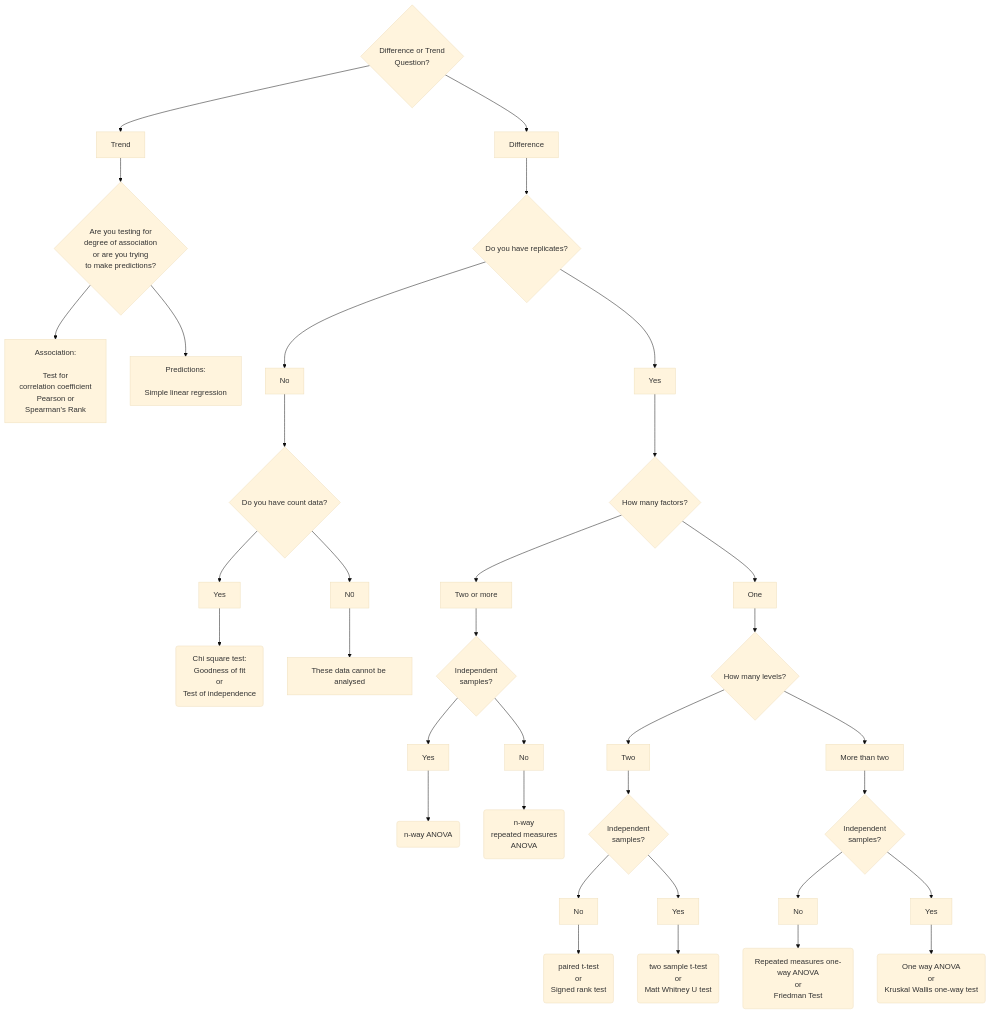
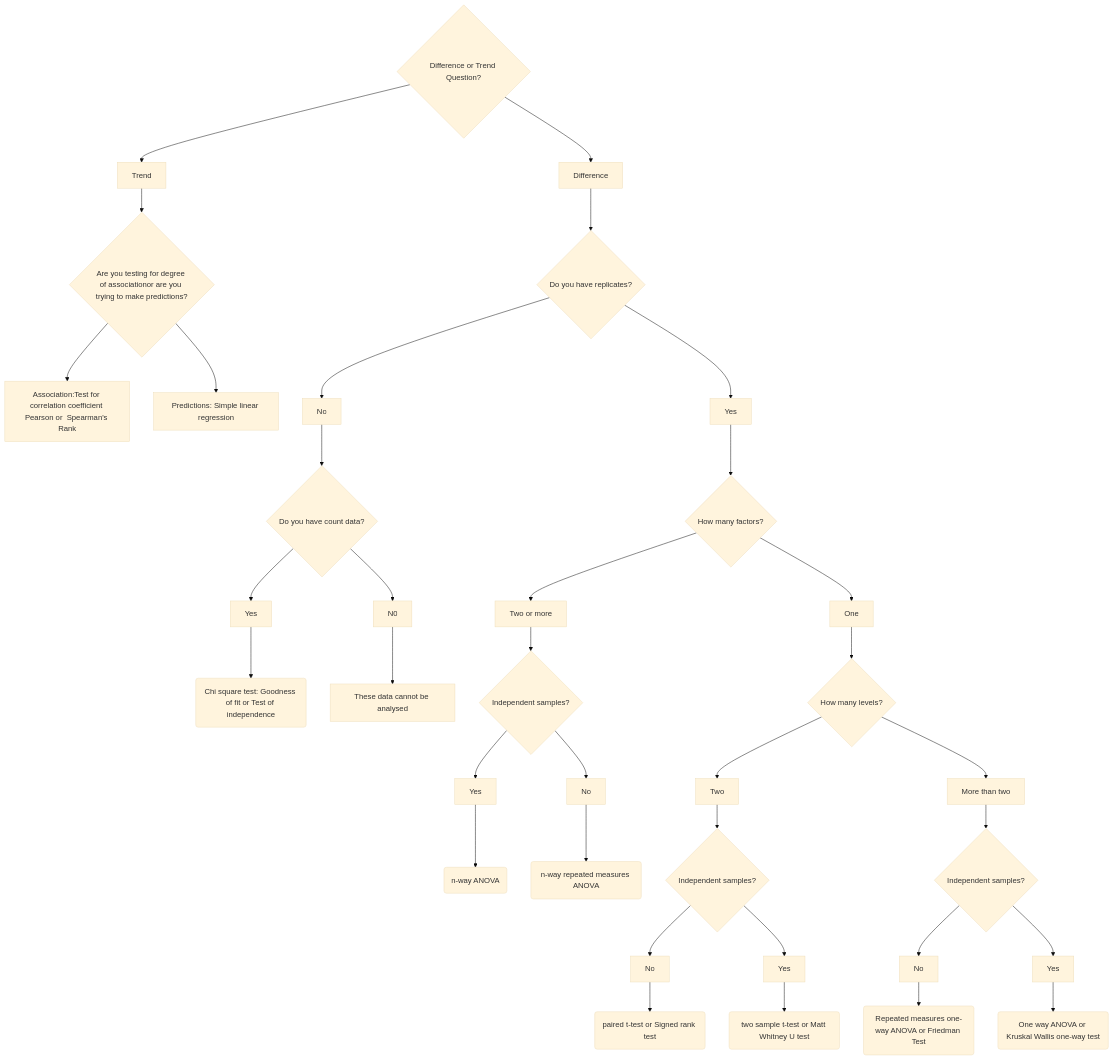
The diagram in test_finder.qmd (mbh038/r4nqy), drawn with Mermaid (base theme) before and after one commit. The commit also changed other lines of this file and 5 other files, not shown here.

````diff
--- a/test_finder.qmd
+++ b/test_finder.qmd
@@ -6,38 +5,42 @@
 ```{mermaid, include = TRUE, echo = FALSE}
+
+%%| fig-width: 10
+%%| column: page-right
+
 flowchart TD
-  A{Difference or Trend \nQuestion?} --> B[Trend]
-  B --> B2{Are you testing for \ndegree of association\nor are you trying \nto make predictions?}
-  B2 --> B33[Association:\n\nTest for\n correlation coefficient\nPearson or \n Spearman's Rank]
-  B2 --> B44[Predictions:\n\nSimple linear regression]
+  A{Difference or Trend Question?} --> B[Trend]
+  B --> B2{Are you testing for degree of associationor are you trying to make predictions?}
+  B2 --> B33[Association:Test for correlation coefficient Pearson or  Spearman's Rank]
+  B2 --> B44[Predictions: Simple linear regression]
   A --> C[Difference]
   C --> C22{Do you have replicates?}
   C22 --> C22Y[Yes]
   C22 --> C22N[No]
   C22N --> C23{Do you have count data?}
   C23 --> C23Y[Yes]
   C23 --> C23N[N0]
-  C23Y --> C24(Chi square test:\nGoodness of fit\nor\nTest of independence)
+  C23Y --> C24(Chi square test: Goodness of fit or Test of independence)
   C23N --> C25[These data cannot be analysed]
   C22Y --> D{How many factors?}
   D --> F[Two or more]
-  F --> F2{Independent\nsamples?}
+  F --> F2{Independent samples?}
   F2 --> F2Y[Yes]
   F2 --> F2N[No]
   F2Y --> F22Y(n-way ANOVA)
-  F2N --> F22N(n-way\nrepeated measures\nANOVA)
+  F2N --> F22N(n-way repeated measures ANOVA)
   D --> E[One]
   E --> G{How many levels?}
   G --> H[Two]
   G --> I[More than two]
-  I --> J{Independent\n samples?}
+  I --> J{Independent samples?}
   J --> K[No]
   J --> L[Yes]
-  K --> S(Repeated measures one-way ANOVA\nor\nFriedman Test)
-  L --> T(One way ANOVA\nor\nKruskal Wallis one-way test)
-  H --> M{Independent\n samples?}
+  K --> S(Repeated measures one-way ANOVA or Friedman Test)
+  L --> T(One way ANOVA or Kruskal Wallis one-way test)
+  H --> M{Independent samples?}
   M --> N[No]
   M --> O[Yes]
-  N --> P(paired t-test\nor\nSigned rank test)
-  O --> Q(two sample t-test\nor\nMatt Whitney U test)
+  N --> P(paired t-test or Signed rank test)
+  O --> Q(two sample t-test or Matt Whitney U test)
   
 ```
````
